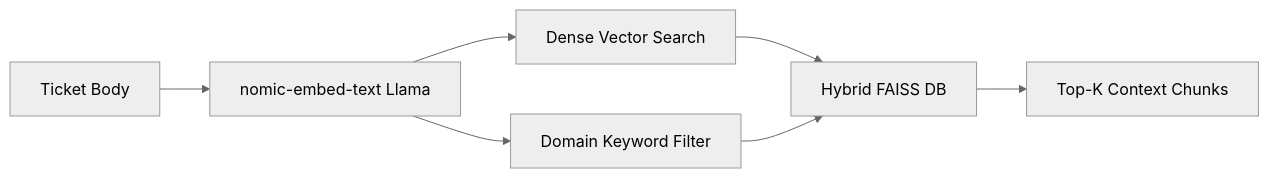
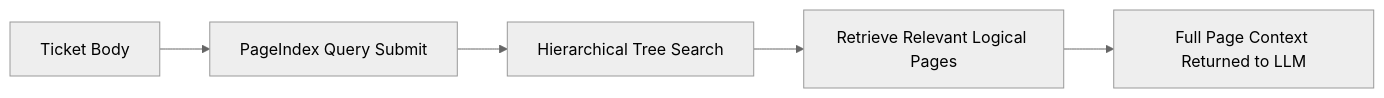
The second of 3 diagrams in code/README.md (Abhi0049k/Orchestrate), drawn with Mermaid (neutral theme) before and after one commit. The commit also changed other lines of this file and 12 other files, not shown here.

Commit message:
feat: migrate to vectorless RAG using PageIndex

````diff
--- a/code/README.md
+++ b/code/README.md
@@ -62,9 +60,7 @@
 ```mermaid
 graph LR
-    A[Ticket Body] --> B[nomic-embed-text Llama]
-    B --> C[Dense Vector Search]
-    B --> D[Domain Keyword Filter]
-    C --> E[Hybrid FAISS DB]
-    D --> E
-    E --> F[Top-K Context Chunks]
+    A[Ticket Body] --> B[PageIndex Query Submit]
+    B --> C[Hierarchical Tree Search]
+    C --> D[Retrieve Relevant Logical Pages]
+    D --> E[Full Page Context Returned to LLM]
 ```
````
